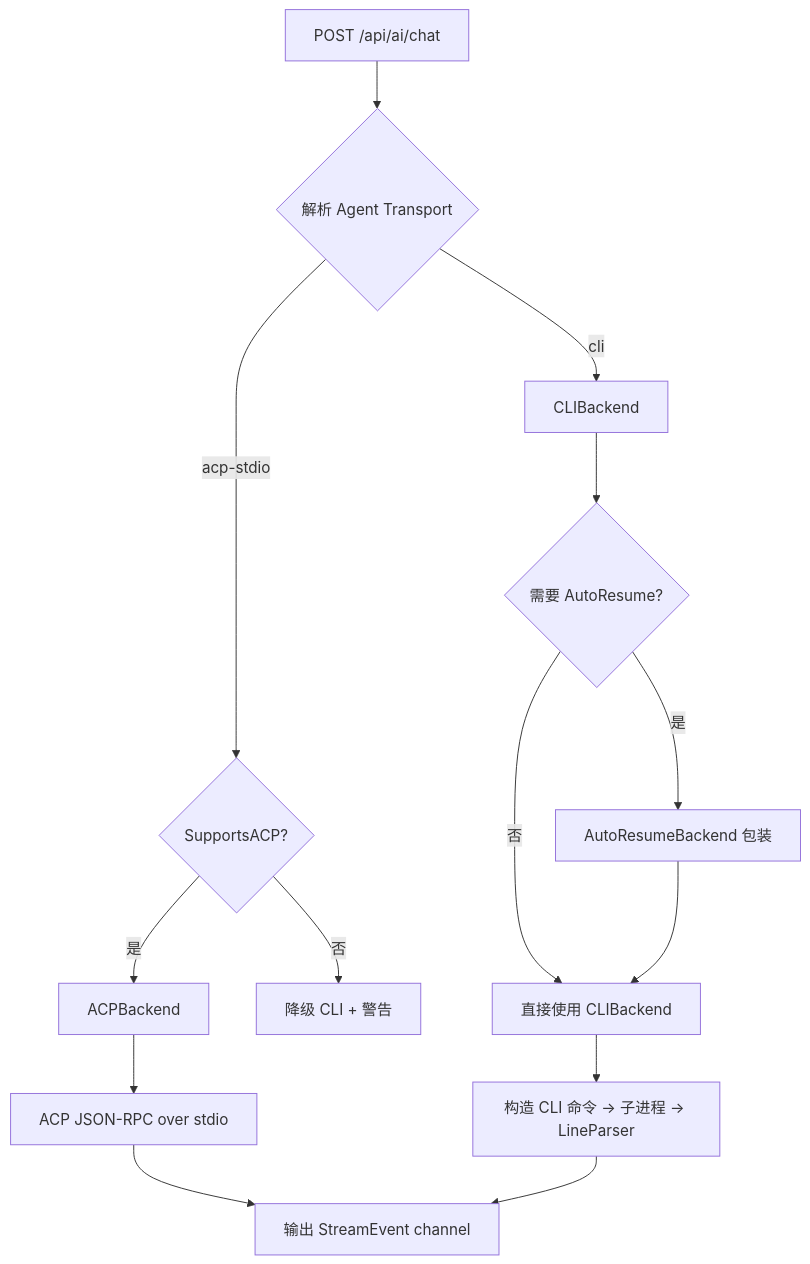
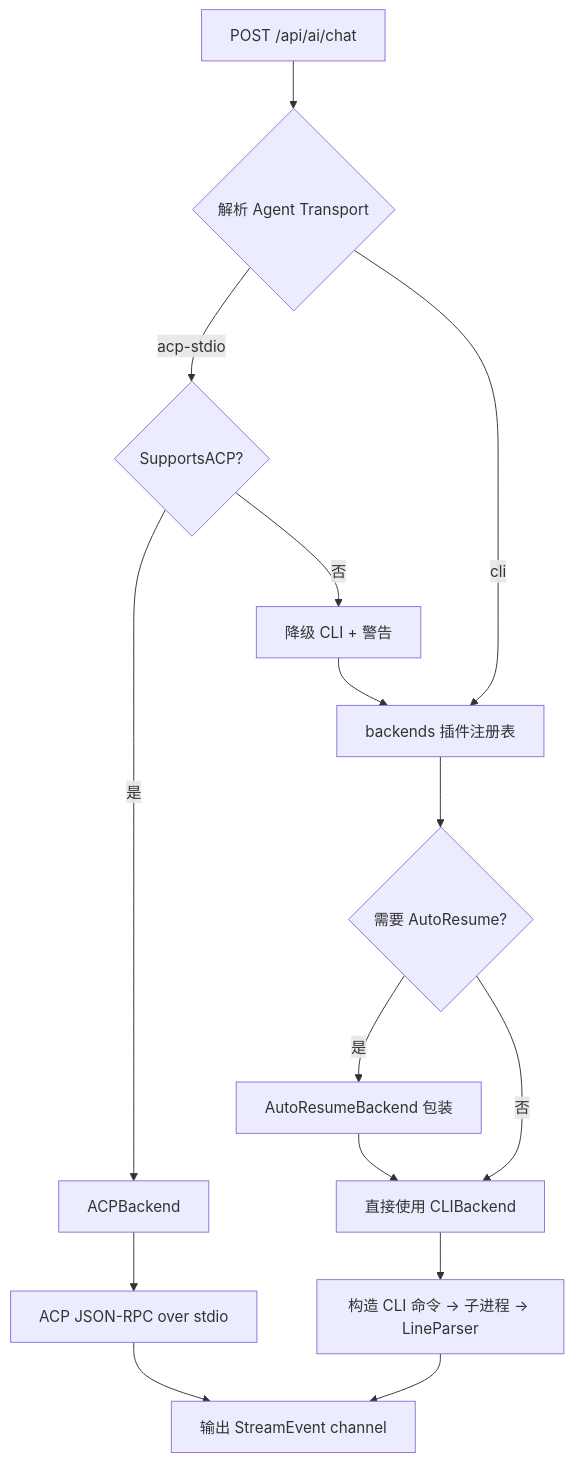
One commit to clawbench-dev/clawbench changed the first of 3 diagrams in docs/spec/core/ai-backend.md. Above: the diagram before and after it, drawn with Mermaid. The commit also changed other lines of this file and 5 other files, not shown here.

````diff
--- a/docs/spec/core/ai-backend.md
+++ b/docs/spec/core/ai-backend.md
@@ -9,17 +9,18 @@
 ```mermaid
 flowchart TD
     A[POST /api/ai/chat] --> B{解析 Agent Transport}
     B -->|acp-stdio| C{SupportsACP?}
     C -->|是| D[ACPBackend]
     C -->|否| E[降级 CLI + 警告]
-    B -->|cli| F[CLIBackend]
+    B -->|cli| F[backends 插件注册表]
 
     D --> G[ACP JSON-RPC over stdio]
+    E --> F
     F --> H{需要 AutoResume?}
     H -->|是| I[AutoResumeBackend 包装]
     H -->|否| J[直接使用 CLIBackend]
     I --> J
     J --> K[构造 CLI 命令 → 子进程 → LineParser]
     G --> L[输出 StreamEvent channel]
     K --> L
 ```
````
